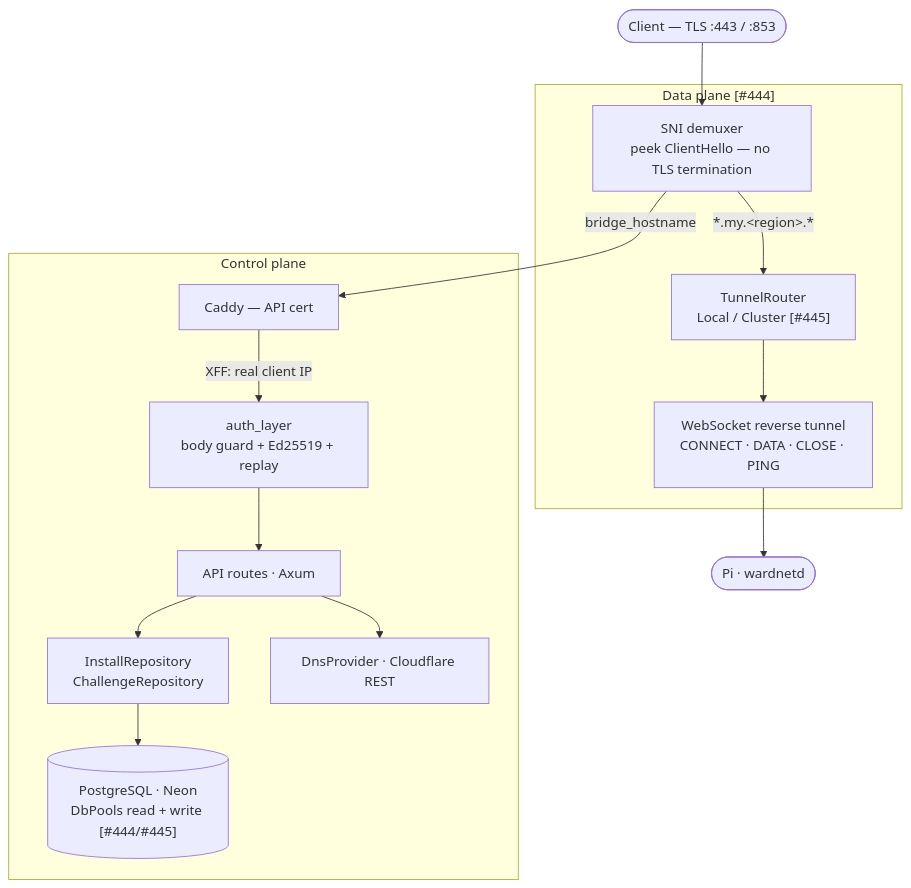
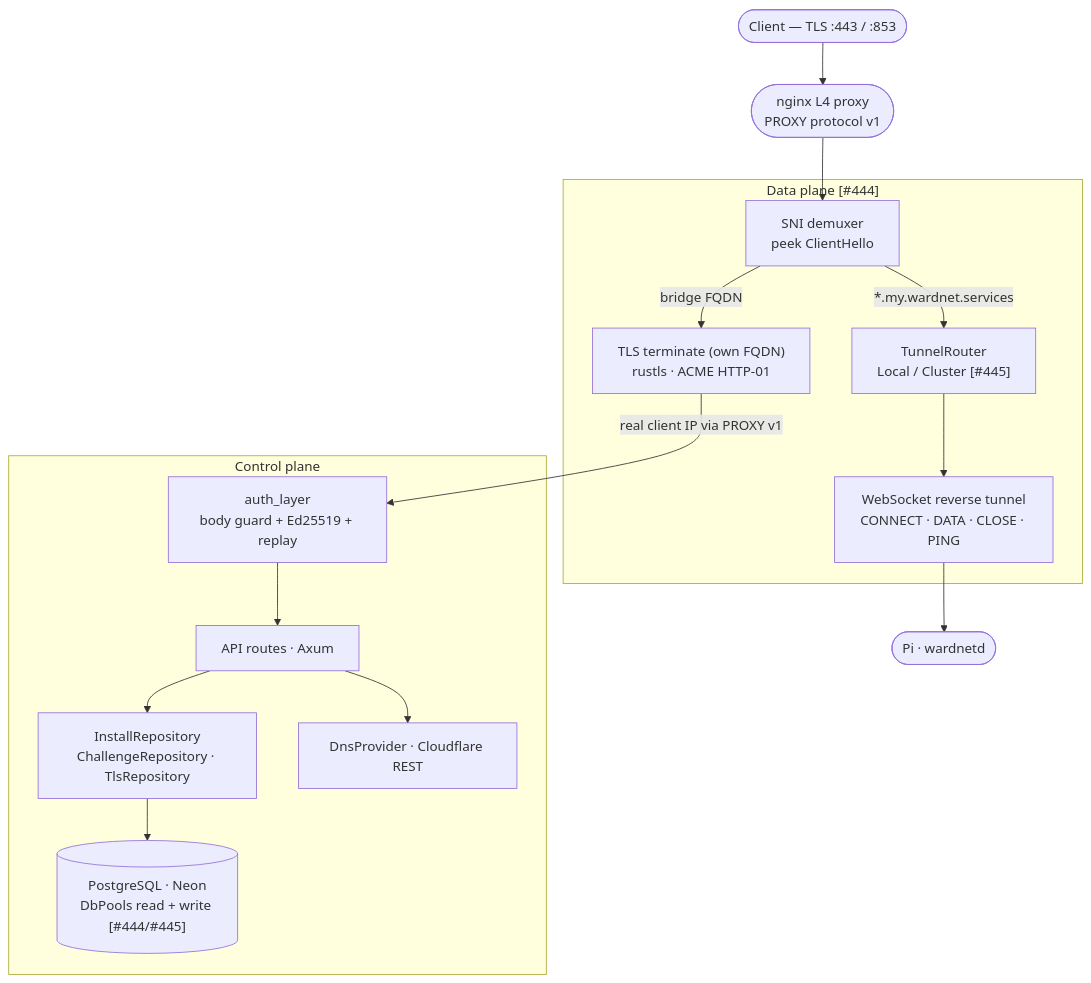
The diagram in source/bridge/README.md (wardnet/wardnet), drawn with Mermaid before and after one commit. The commit also changed other lines of this file and 34 other files, not shown here.

````diff
--- a/source/bridge/README.md
+++ b/source/bridge/README.md
@@ -46,29 +46,30 @@
 ```mermaid
 flowchart TD
     client(["Client — TLS :443 / :853"])
     pi(["Pi · wardnetd"])
+    nginx(["nginx L4 proxy<br/>PROXY protocol v1"])
 
     subgraph data["Data plane [#444]"]
-        sni["SNI demuxer<br/>peek ClientHello — no TLS termination"]
+        sni["SNI demuxer<br/>peek ClientHello"]
+        tls["TLS terminate (own FQDN)<br/>rustls · ACME HTTP-01"]
         router["TunnelRouter<br/>Local / Cluster [#445]"]
         tunnel["WebSocket reverse tunnel<br/>CONNECT · DATA · CLOSE · PING"]
     end
 
     subgraph control["Control plane"]
-        caddy["Caddy — API cert"]
         auth["auth_layer<br/>body guard + Ed25519 + replay"]
         api["API routes · Axum"]
-        repos["InstallRepository<br/>ChallengeRepository"]
+        repos["InstallRepository<br/>ChallengeRepository · TlsRepository"]
         db[("PostgreSQL · Neon<br/>DbPools read + write [#444/#445]")]
         dns["DnsProvider · Cloudflare REST"]
     end
 
-    client --> sni
-    sni -->|bridge_hostname| caddy
-    sni -->|"*.my.&lt;region&gt;.*"| router
+    client --> nginx --> sni
+    sni -->|bridge FQDN| tls
+    sni -->|"*.my.wardnet.services"| router
     router --> tunnel --> pi
-    caddy -->|"XFF: real client IP"| auth
+    tls -->|"real client IP via PROXY v1"| auth
     auth --> api
     api --> repos --> db
     api --> dns
 ```
````
